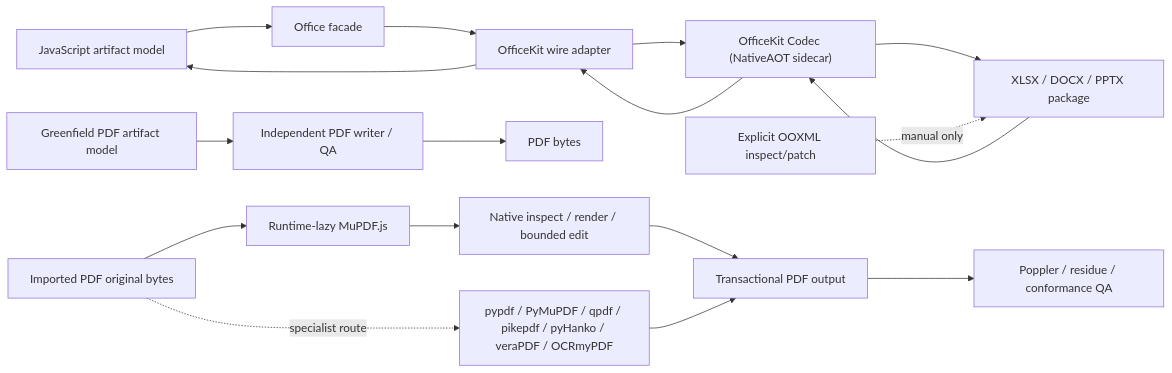
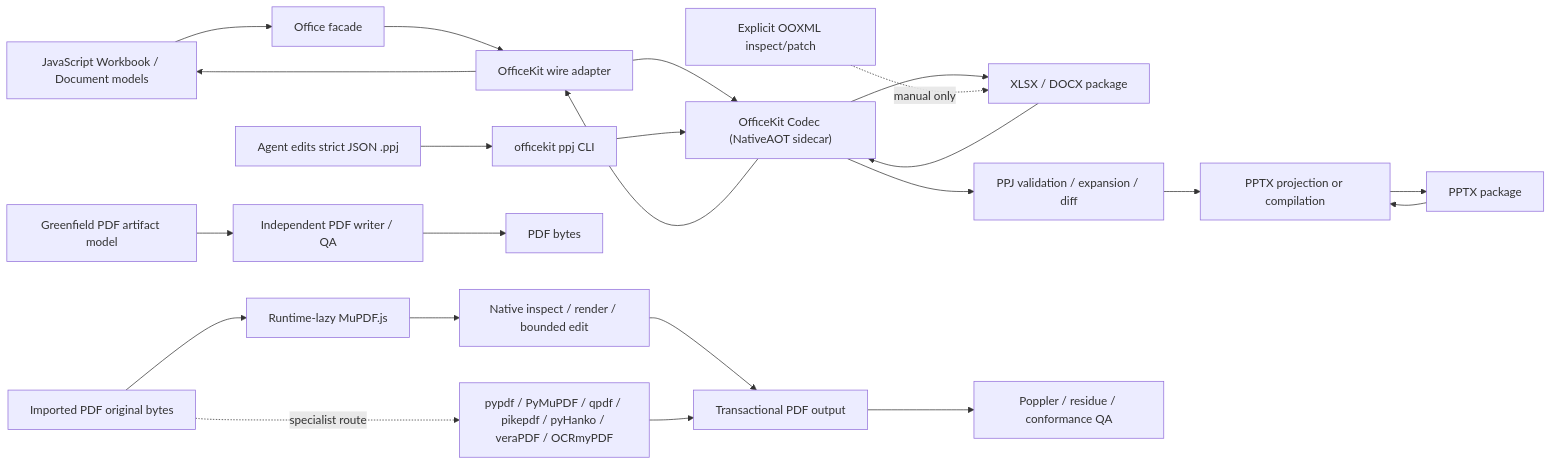
One commit to w31r4/OfficeKit changed the diagram in docs/reference-runtime-architecture.md. Above: the diagram before and after it, drawn with Mermaid. The commit also changed other lines of this file and 14 other files, not shown here.

````diff
--- a/docs/reference-runtime-architecture.md
+++ b/docs/reference-runtime-architecture.md
@@ -10,21 +10,28 @@
 ```mermaid
 flowchart LR
-  A["JavaScript artifact model"] --> B["Office facade"]
+  A["JavaScript Workbook / Document models"] --> B["Office facade"]
   B --> C["OfficeKit wire adapter"]
   C --> D["OfficeKit Codec (NativeAOT sidecar)"]
-  D --> E["XLSX / DOCX / PPTX package"]
+  D --> E["XLSX / DOCX package"]
   E --> D
   D --> C
   C --> A
+
+  J["Agent edits strict JSON .ppj"] --> K["officekit ppj CLI"]
+  K --> D
+  D --> L["PPJ validation / expansion / diff"]
+  L --> M["PPTX projection or compilation"]
+  M --> N["PPTX package"]
+  N --> M
 
   P["Greenfield PDF artifact model"] --> Q["Independent PDF writer / QA"]
   Q --> R["PDF bytes"]
   S["Imported PDF original bytes"] --> T["Runtime-lazy MuPDF.js"]
   T --> U["Native inspect / render / bounded edit"]
   S -. "specialist route" .-> X["pypdf / PyMuPDF / qpdf / pikepdf / pyHanko / veraPDF / OCRmyPDF"]
   U --> V["Transactional PDF output"]
   X --> V
   V --> W["Poppler / residue / conformance QA"]
 
   I["Explicit OOXML inspect/patch"] -. "manual only" .-> E
 ```
````
